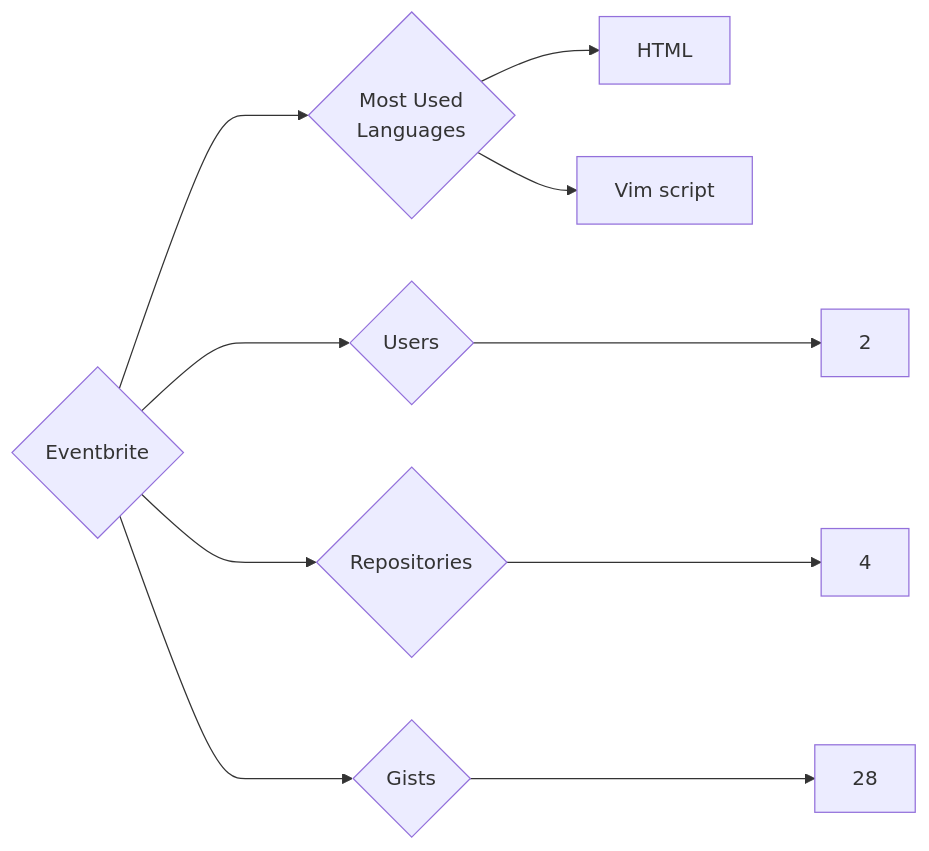
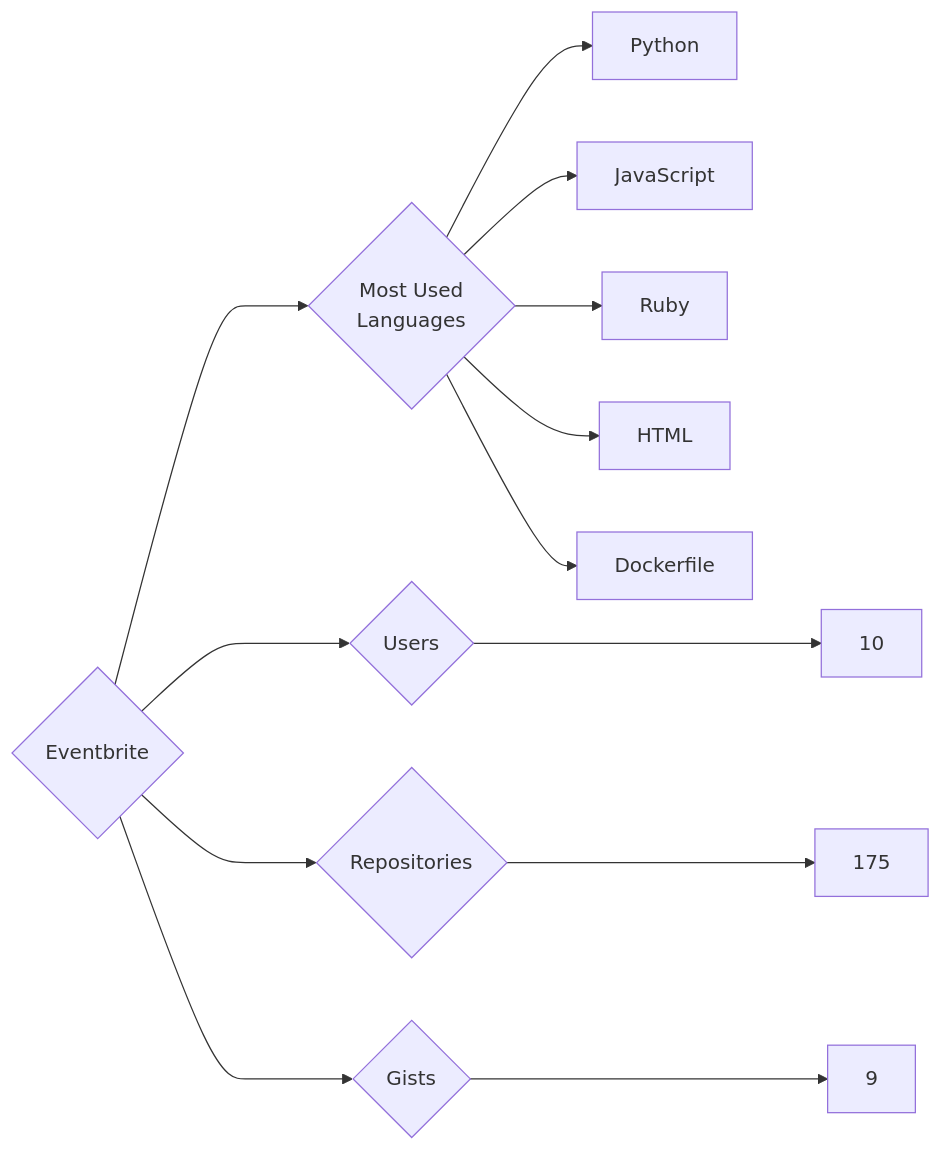
The diagram in targets/Eventbrite/README.md (trickest/insiders), drawn with Mermaid before and after one commit. The commit also changed 984 other files, not shown here.

````diff
--- a/targets/Eventbrite/README.md
+++ b/targets/Eventbrite/README.md
@@ -3,10 +3,13 @@
 ```mermaid
 graph LR
 COMPANY_NAME{Eventbrite}
-COMPANY_NAME ---> U{Users} ---> UN[2]
-COMPANY_NAME ---> R{Repositories} ---> RN[4]
-COMPANY_NAME ---> G{Gists} ---> GN[28]
+COMPANY_NAME ---> U{Users} ---> UN[10]
+COMPANY_NAME ---> R{Repositories} ---> RN[175]
+COMPANY_NAME ---> G{Gists} ---> GN[9]
 COMPANY_NAME ---> ML{Most Used<br>Languages}
+ML --> Python[Python]
+ML --> JavaScript[JavaScript]
+ML --> Ruby[Ruby]
 ML --> HTML[HTML]
-ML --> Vim_script[Vim script]
+ML --> Dockerfile[Dockerfile]
 ```
````
